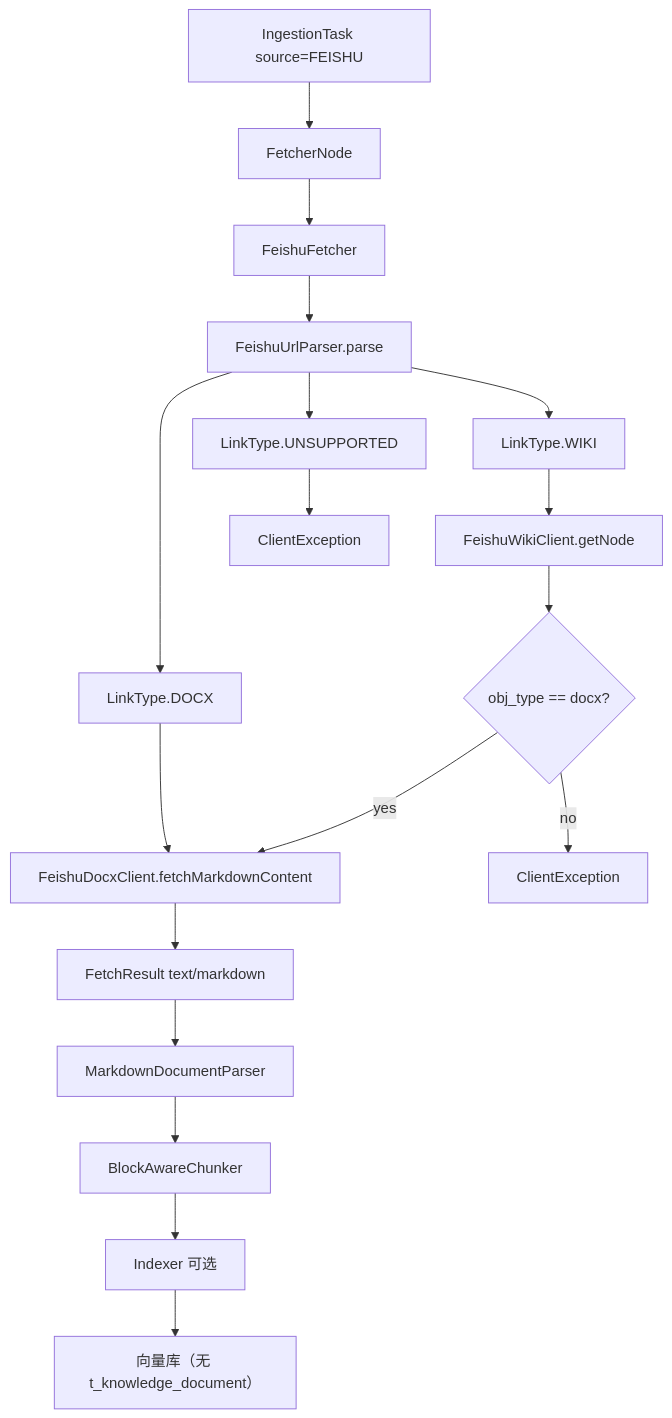
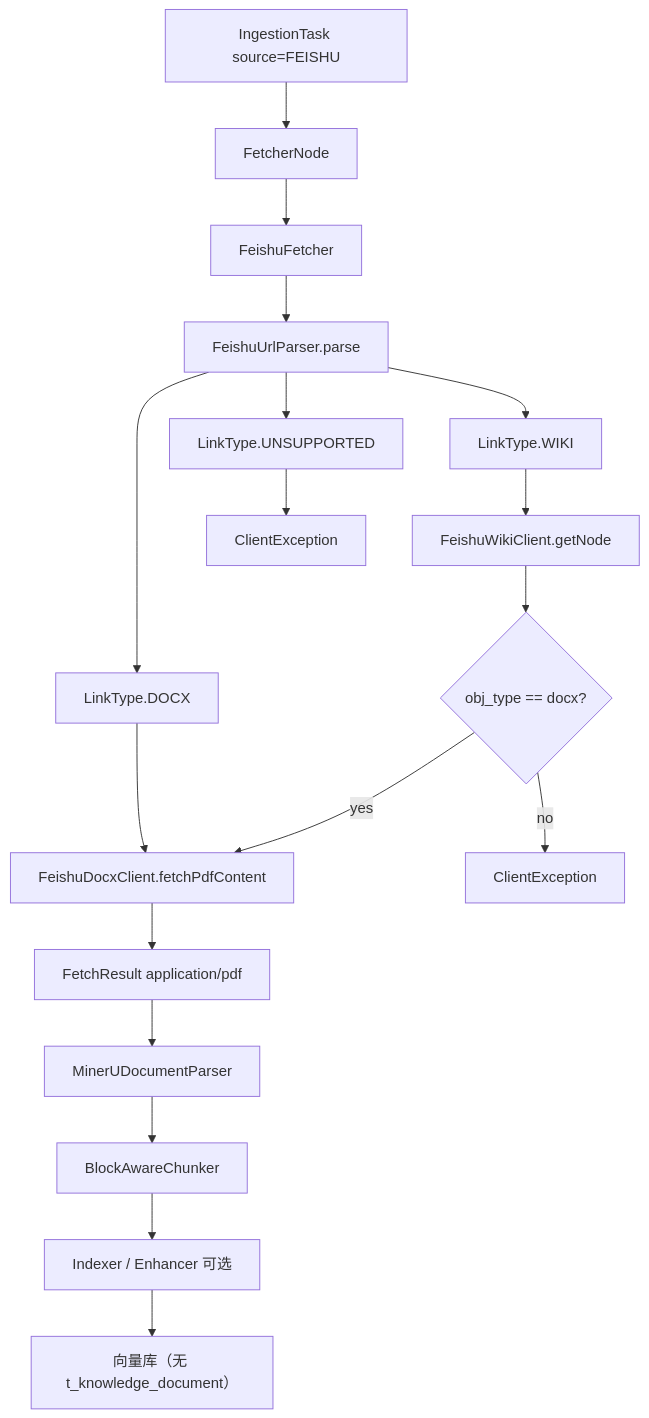
The first of 3 diagrams in docs/feishu-wiki-integration.md (ZhaoWeijunX/ragent), drawn with Mermaid before and after one commit. The commit also changed other lines of this file and 13 other files, not shown here.

Commit message:
feat(feishu): switch default doc format from markdown to PDF with configurable fallback

````diff
--- a/docs/feishu-wiki-integration.md
+++ b/docs/feishu-wiki-integration.md
@@ -75,20 +81,20 @@
 ```mermaid
 flowchart TD
     task[IngestionTask source=FEISHU] --> fetcherNode[FetcherNode]
     fetcherNode --> feishuFetcher[FeishuFetcher]
     feishuFetcher --> urlParser[FeishuUrlParser.parse]
     urlParser --> docxBranch[LinkType.DOCX]
     urlParser --> wikiBranch[LinkType.WIKI]
     urlParser --> unsupported[LinkType.UNSUPPORTED]
-    docxBranch --> docxClient[FeishuDocxClient.fetchMarkdownContent]
+    docxBranch --> docxClient[FeishuDocxClient.fetchPdfContent]
     wikiBranch --> wikiClient[FeishuWikiClient.getNode]
     wikiClient --> checkType{obj_type == docx?}
     checkType -->|yes| docxClient
     checkType -->|no| clientErr[ClientException]
-    docxClient --> result["FetchResult text/markdown"]
+    docxClient --> result["FetchResult application/pdf"]
     unsupported --> clientErr2[ClientException]
-    result --> parser[MarkdownDocumentParser]
+    result --> parser[MinerUDocumentParser]
     parser --> chunker[BlockAwareChunker]
-    chunker --> pipeline[Indexer 可选]
+    chunker --> pipeline[Indexer / Enhancer 可选]
     pipeline --> vectorOnly["向量库（无 t_knowledge_document）"]
 ```
````
